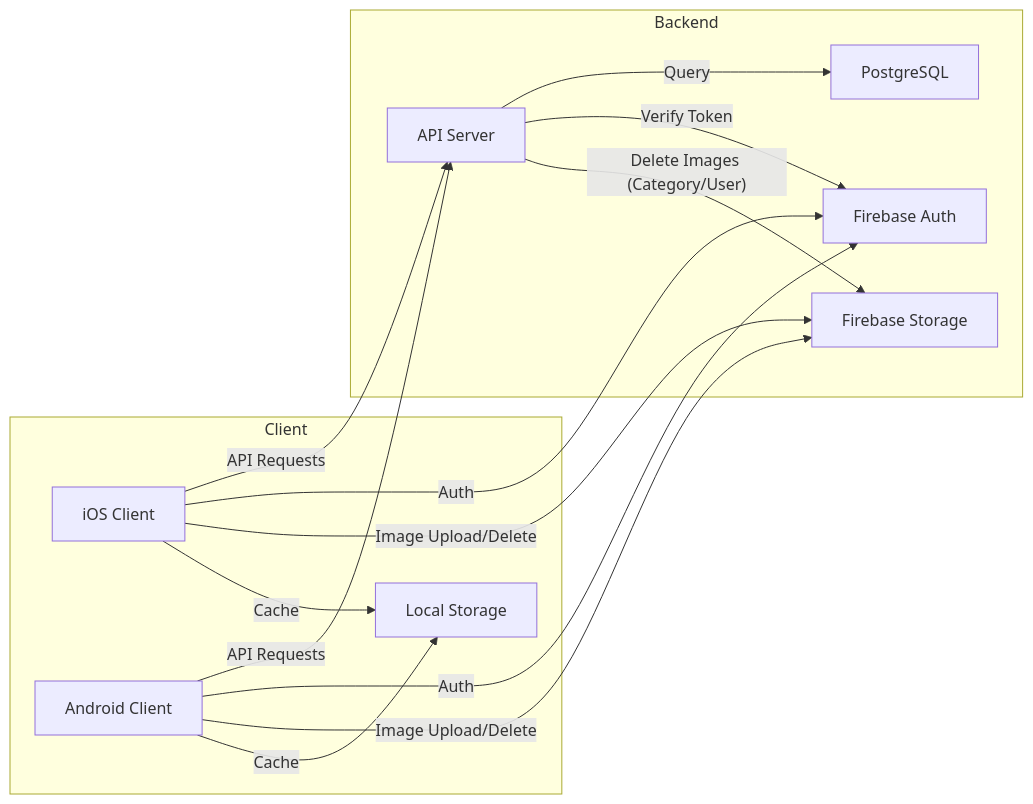
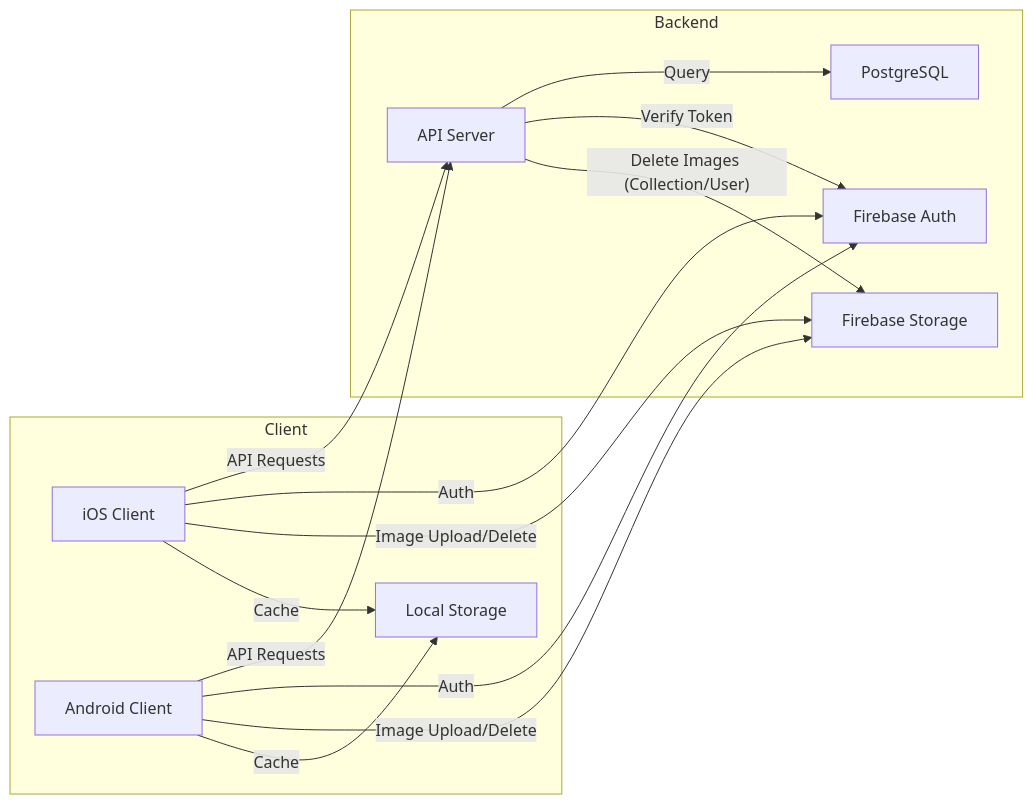
The fifth of 5 diagrams in docs/Locify_System_Architecture.md (lhhiep2204/Locify), drawn with Mermaid before and after one commit. The commit also changed other lines of this file and 45 other files, not shown here.

Commit message:
Change the name of the "Category" to "Collection"

````diff
--- a/docs/Locify_System_Architecture.md
+++ b/docs/Locify_System_Architecture.md
@@ -219,29 +219,29 @@
 ```mermaid
-%% System Architecture Diagram for Locify: Client-Backend interactions for managing categories and locations with offline support and image storage %%
+%% System Architecture Diagram for Locify: Client-Backend interactions for managing collections and locations with offline support and image storage %%
 
 graph LR
     subgraph Client
         A[iOS Client]
         B[Android Client]
         C[Local Storage]
     end
 
     subgraph Backend
         D[API Server]
         E[PostgreSQL]
         F[Firebase Auth]
         G[Firebase Storage]
     end
 
     A -->|API Requests| D
     B -->|API Requests| D
     A -->|Auth| F
     B -->|Auth| F
     A -->|Image Upload/Delete| G
     B -->|Image Upload/Delete| G
     D -->|Query| E
     D -->|Verify Token| F
-    D -->|"Delete Images (Category/User)"| G
+    D -->|"Delete Images (Collection/User)"| G
     A -->|Cache| C
     B -->|Cache| C
 ```
````
